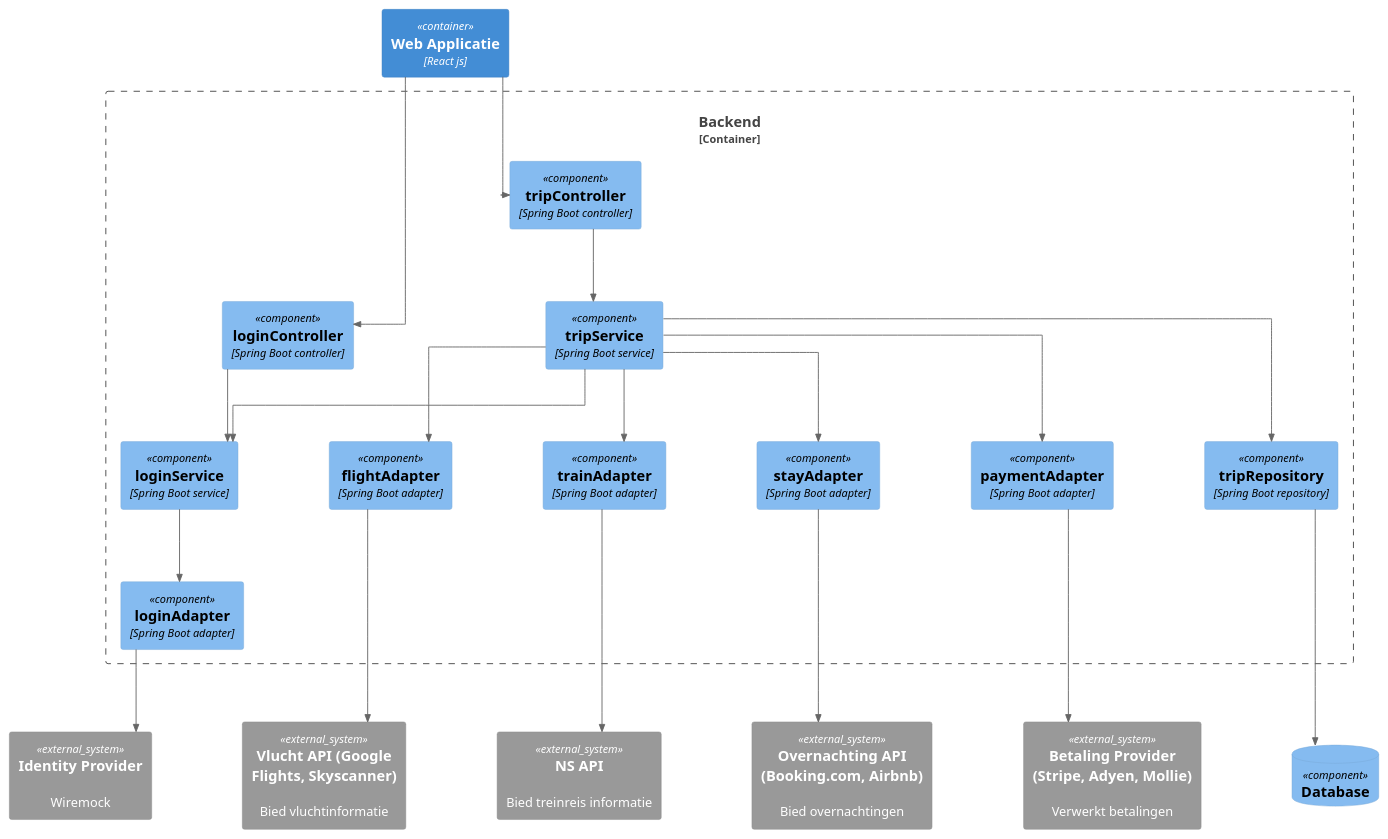
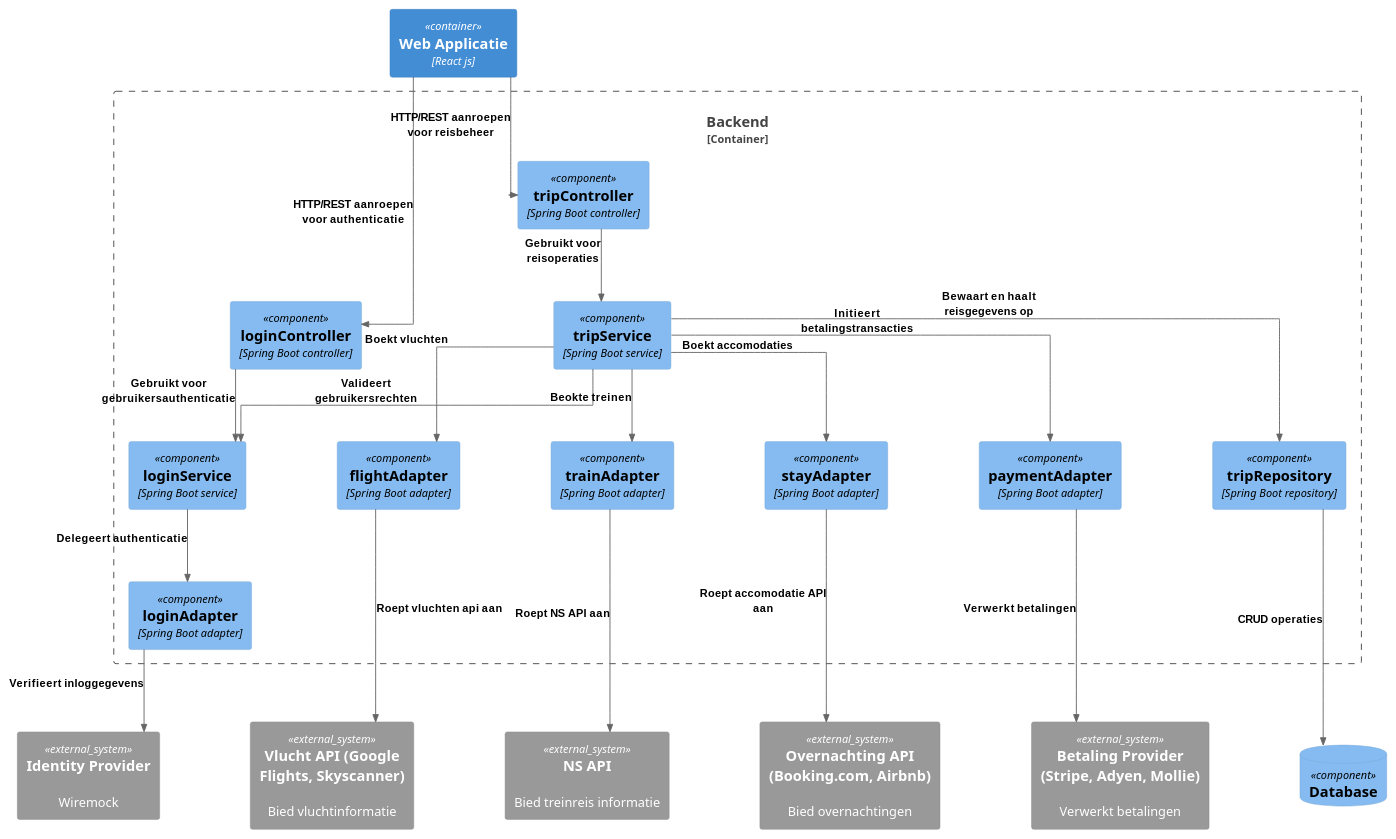
The diagram in opdracht-diagrammen/component-backend.puml (AIM-ENE-feb25/triptop-livingin-s-pain-nouri-siebe-boris), drawn with PlantUML before and after one commit. The commit also changed 10 other files, not shown here.

```diff
--- a/opdracht-diagrammen/component-backend.puml
+++ b/opdracht-diagrammen/component-backend.puml
@@ -1,66 +1,66 @@
 @startuml
 !include https://raw.githubusercontent.com/plantuml-stdlib/C4-PlantUML/master/C4_Component.puml
 
 skinparam ranksep 80
 skinparam nodesep 100
 skinparam ArrowColor #666666
 skinparam linetype ortho
 skinparam ArrowFontSize 12
 skinparam ArrowFontColor black
 skinparam ArrowFontStyle bold
 skinparam ArrowFontName Arial
 
 LAYOUT_TOP_DOWN()
 
 Container(frontend, "Web Applicatie", "React js")
 
 Container_Boundary(cb, "Backend") {
     Component(logincontroller, "loginController", "Spring Boot controller")
     Component(tripcontroller, "tripController", "Spring Boot controller")
     Component(loginservice, "loginService", "Spring Boot service")
     Component(tripservice, "tripService", "Spring Boot service")
     Component(loginadapter, "loginAdapter", "Spring Boot adapter")
     Component(flightadapter, "flightAdapter", "Spring Boot adapter")
     Component(trainadapter, "trainAdapter", "Spring Boot adapter")
     Component(stayadapter, "stayAdapter", "Spring Boot adapter")
     Component(paymentadapter, "paymentAdapter", "Spring Boot adapter")
     Component(triprepository, "tripRepository", "Spring Boot repository")
 }
 
 together{
     System_Ext(idprovider, "Identity Provider", "Wiremock")
     System_Ext(ns, "NS API", "Bied treinreis informatie")
     System_Ext(stay, "Overnachting API (Booking.com, Airbnb)", "Bied overnachtingen")
     System_Ext(flight, "Vlucht API (Google Flights, Skyscanner)", "Bied vluchtinformatie")
     System_Ext(payment, "Betaling Provider (Stripe, Adyen, Mollie)", "Verwerkt betalingen")
 
     ComponentDb(db, "Database")
 
 }
 
-    Rel(frontend, logincontroller, "")
-    Rel(frontend, tripcontroller, "")
+  Rel(frontend, logincontroller, "HTTP/REST aanroepen voor authenticatie")
+  Rel(frontend, tripcontroller, "HTTP/REST aanroepen voor reisbeheer")
 
-    Rel(logincontroller, loginservice, "")
-    Rel(tripcontroller, tripservice, "")
+  Rel(logincontroller, loginservice, "Gebruikt voor gebruikersauthenticatie")
+  Rel(tripcontroller, tripservice, "Gebruikt voor reisoperaties")
 
-    Rel(tripservice, loginservice, "")
+  Rel(tripservice, loginservice, "Valideert gebruikersrechten")
 
-    Rel(tripservice, flightadapter, "")
-    Rel(tripservice, trainadapter, "")
-    Rel(tripservice, stayadapter, "")
-    Rel(tripservice, paymentadapter, "")
-    Rel(trainadapter, ns, "")
-    Rel(stayadapter, stay, "")
-    Rel(flightadapter, flight, "")
-    Rel(paymentadapter, payment, "")
+  Rel(tripservice, flightadapter, "Boekt vluchten")
+  Rel(tripservice, trainadapter, "Beokte treinen")
+  Rel(tripservice, stayadapter, "Boekt accomodaties")
+  Rel(tripservice, paymentadapter, "Initieert betalingstransacties")
+  Rel(trainadapter, ns, "Roept NS API aan")
+  Rel(stayadapter, stay, "Roept accomodatie API aan")
+  Rel(flightadapter, flight, "Roept vluchten api aan")
+  Rel(paymentadapter, payment, "Verwerkt betalingen")
 
-    Rel(tripservice, triprepository, "")
-    Rel(triprepository, db, "")
+  Rel(tripservice, triprepository, "Bewaart en haalt reisgegevens op")
+  Rel(triprepository, db, "CRUD operaties")
 
-    Rel(loginservice, loginadapter, "")
-    Rel(loginadapter, idprovider, "")
+  Rel(loginservice, loginadapter, "Delegeert authenticatie")
+  Rel(loginadapter, idprovider, "Verifieert inloggegevens")
 
 
 
 @enduml
```
